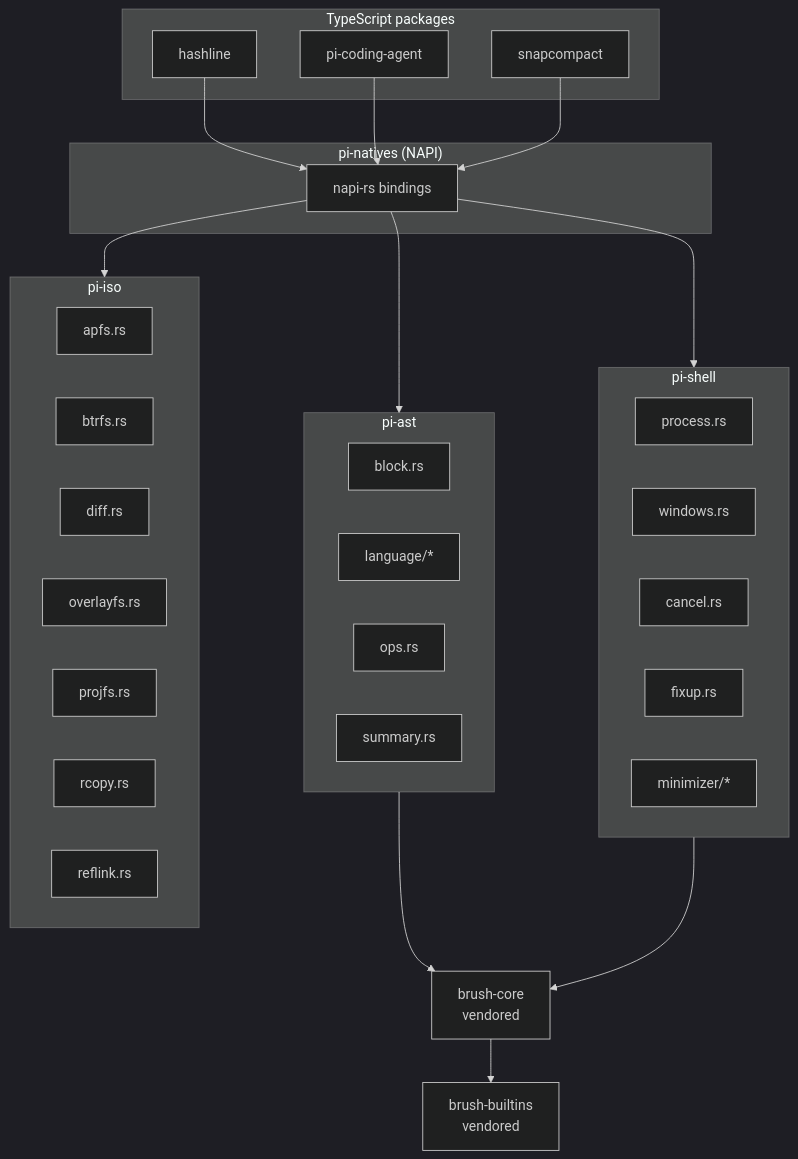
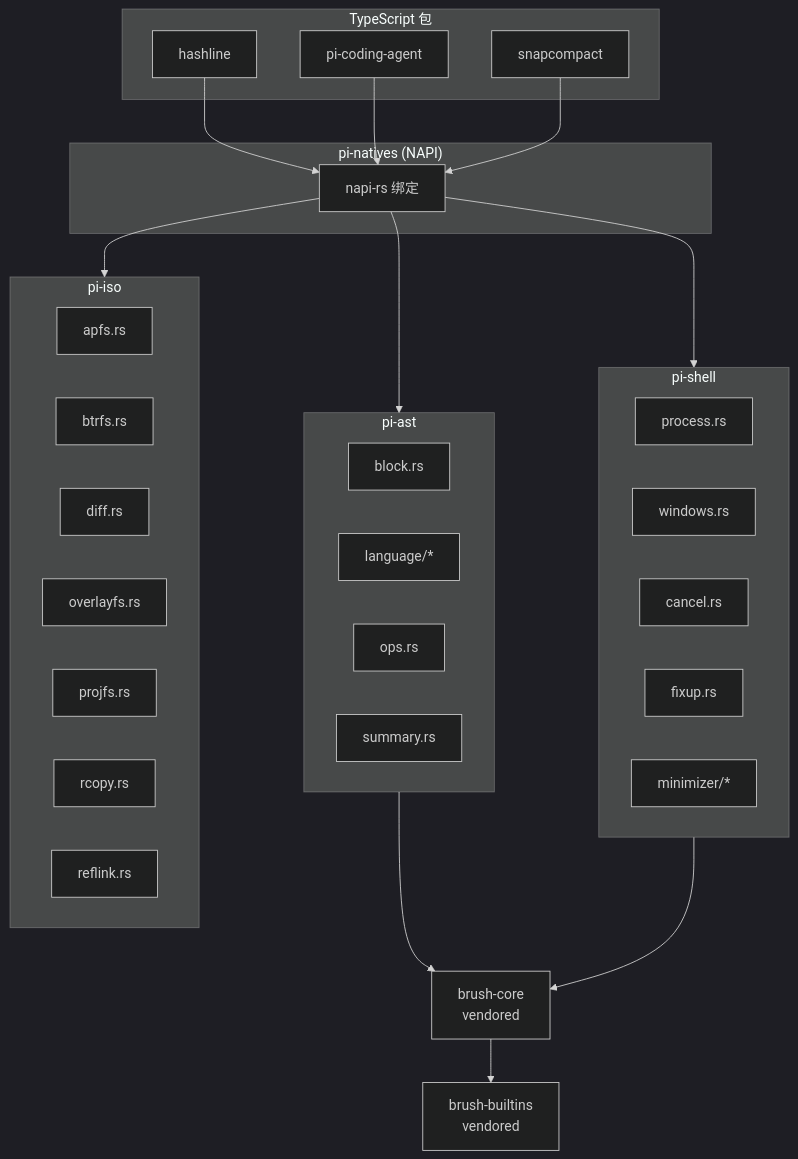
The first of 2 diagrams in docs-site/docs/01-rust-core.md (YeLuo45/oh-my-pi-design), drawn with Mermaid (dark theme) before and after one commit. The commit also changed other lines of this file and 37 other files, not shown here.

````diff
--- a/docs-site/docs/01-rust-core.md
+++ b/docs-site/docs/01-rust-core.md
@@ -9,47 +9,47 @@
 ```mermaid
 graph TB
-  subgraph TS["TypeScript packages"]
+  subgraph TS["TypeScript 包"]
     Hashline[hashline]
     Coding[pi-coding-agent]
     Snappy[snapcompact]
   end
 
   subgraph Natives["pi-natives (NAPI)"]
-    Load[napi-rs bindings]
+    Load[napi-rs 绑定]
   end
 
   subgraph Ast["pi-ast"]
     Block[block.rs]
     Lang[language/*]
     Ops[ops.rs]
     Sum[summary.rs]
   end
 
   subgraph Shell["pi-shell"]
     Proc[process.rs]
     Win[windows.rs]
     Cancel[cancel.rs]
     Fixup[fixup.rs]
     Mini[minimizer/*]
   end
 
   subgraph Iso["pi-iso"]
     Apfs[apfs.rs]
     Btrfs[btrfs.rs]
     Diff[diff.rs]
     Overlay[overlayfs.rs]
     Projfs[projfs.rs]
     Rcopy[rcopy.rs]
     Reflink[reflink.rs]
   end
 
   Hashline --> Load
   Coding --> Load
   Snappy --> Load
   Load --> Ast
   Load --> Shell
   Load --> Iso
   Ast --> Vendored[brush-core<br/>vendored]
   Shell --> Vendored
   Vendored --> Builtins[brush-builtins<br/>vendored]
 ```
````
